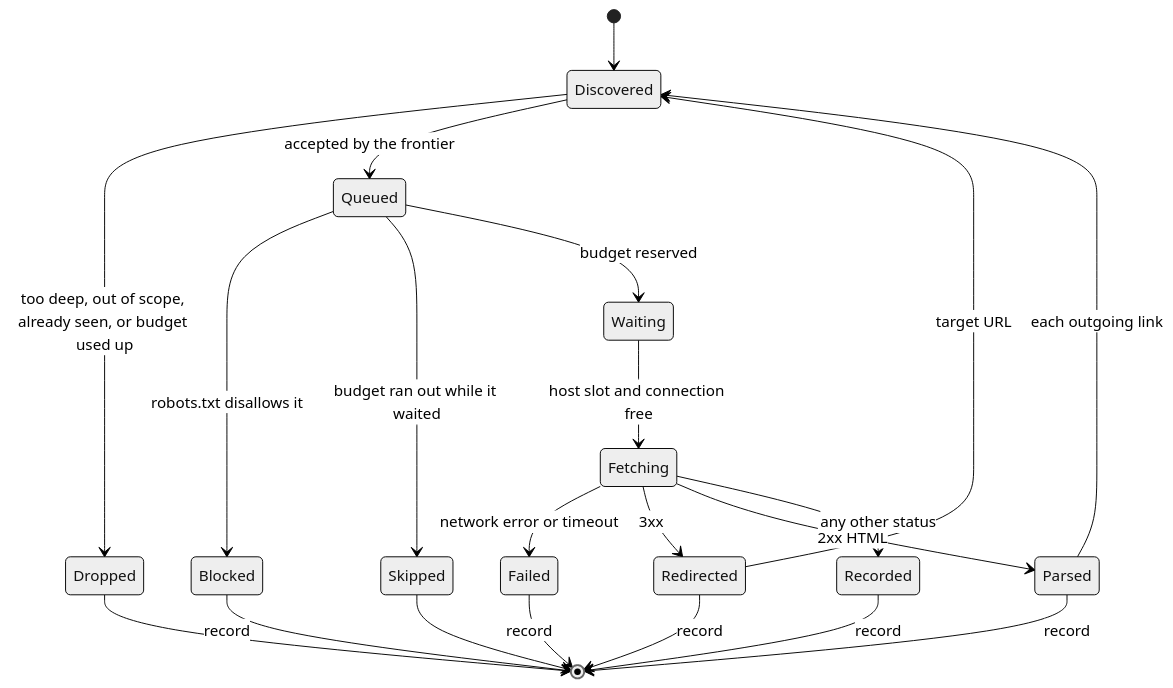
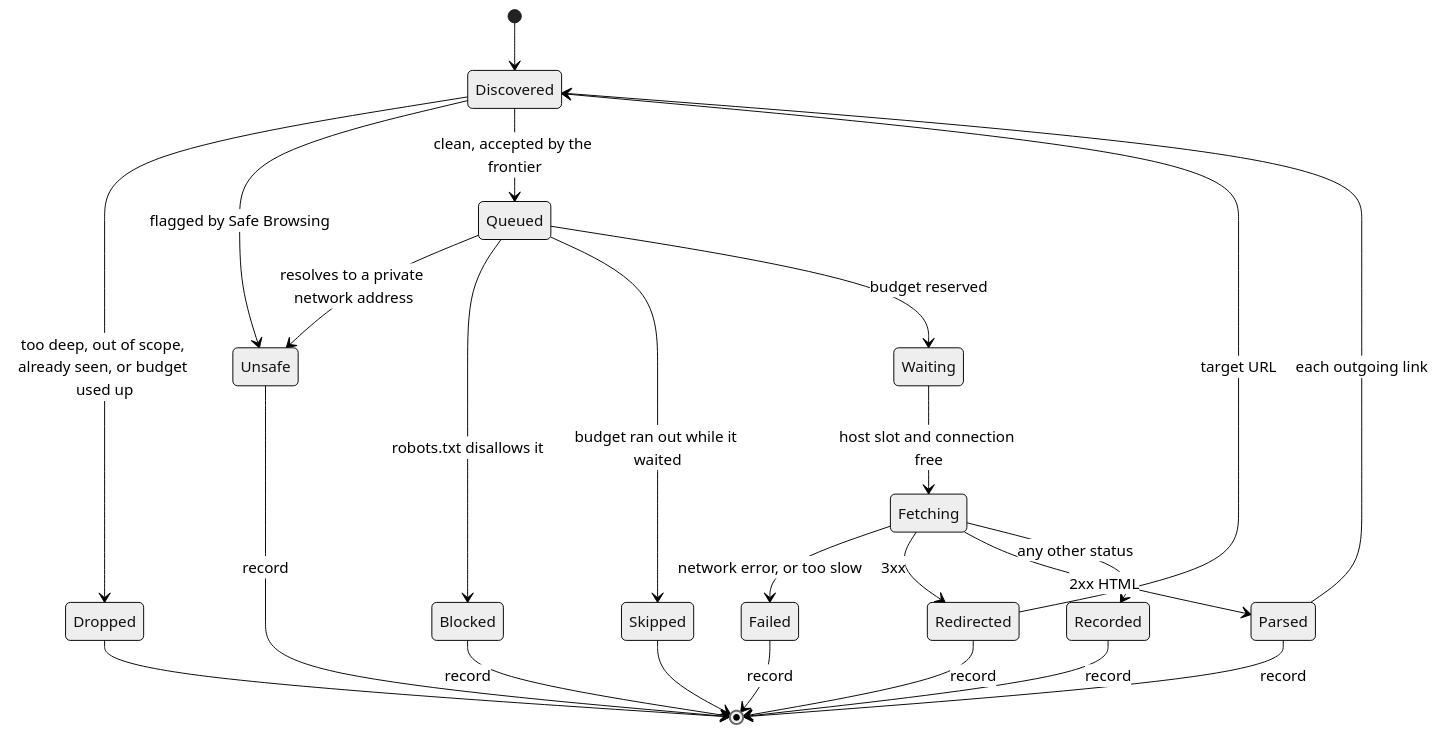
One commit to SandeepSRathore/web-crawler changed the third of 5 diagrams in README.md. Above: the diagram before and after it, drawn with Mermaid (neutral theme). The commit also changed other lines of this file and 10 other files, not shown here.

First line of the commit message:
Add safety protections: private network guard, download deadline, Safe Browsing

````diff
--- a/README.md
+++ b/README.md
@@ -157,28 +228,31 @@
 ```mermaid
 stateDiagram-v2
     [*] --> Discovered
     Discovered --> Dropped: too deep, out of scope, already seen, or budget used up
-    Discovered --> Queued: accepted by the frontier
+    Discovered --> Unsafe: flagged by Safe Browsing
+    Discovered --> Queued: clean, accepted by the frontier
 
+    Queued --> Unsafe: resolves to a private network address
     Queued --> Blocked: robots.txt disallows it
     Queued --> Skipped: budget ran out while it waited
     Queued --> Waiting: budget reserved
 
     Waiting --> Fetching: host slot and connection free
 
-    Fetching --> Failed: network error or timeout
+    Fetching --> Failed: network error, or too slow
     Fetching --> Redirected: 3xx
     Fetching --> Parsed: 2xx HTML
     Fetching --> Recorded: any other status
 
     Redirected --> Discovered: target URL
     Parsed --> Discovered: each outgoing link
 
     Blocked --> [*]: record
+    Unsafe --> [*]: record
     Failed --> [*]: record
     Redirected --> [*]: record
     Parsed --> [*]: record
     Recorded --> [*]: record
     Dropped --> [*]
     Skipped --> [*]
 ```
````
